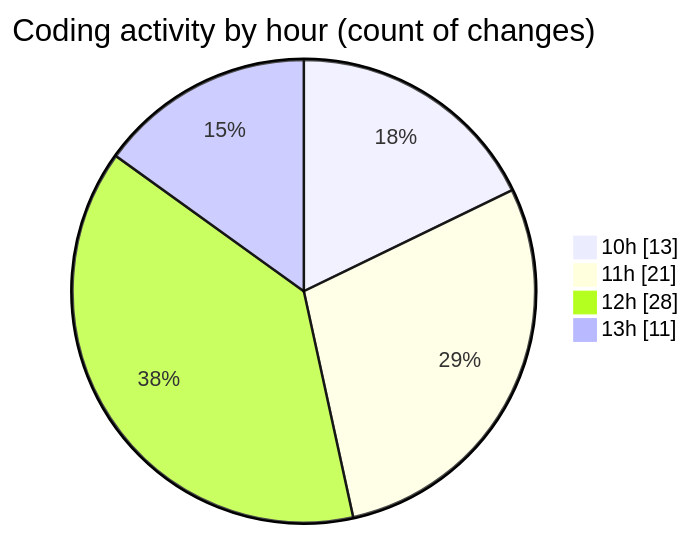
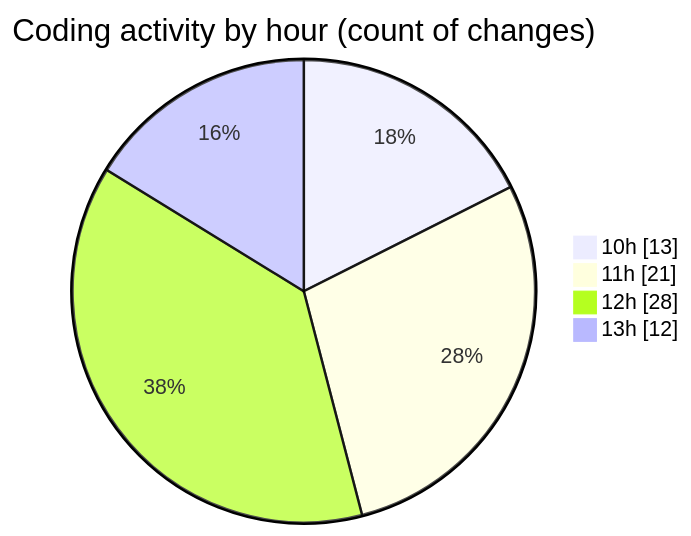
Before and after one commit to momahboobian/code-tracking: the second of 2 diagrams in 2025-06-19/cda/README.md, drawn with Mermaid. The commit also changed other lines of this file and 1 other file, not shown here.

````diff
--- a/2025-06-19/cda/README.md
+++ b/2025-06-19/cda/README.md
@@ -39,8 +40,8 @@
 ```mermaid
 pie showData
 title Coding activity by hour (count of changes)
 "10h" : 13
 "11h" : 21
 "12h" : 28
-"13h" : 11
+"13h" : 12
 ```
````
